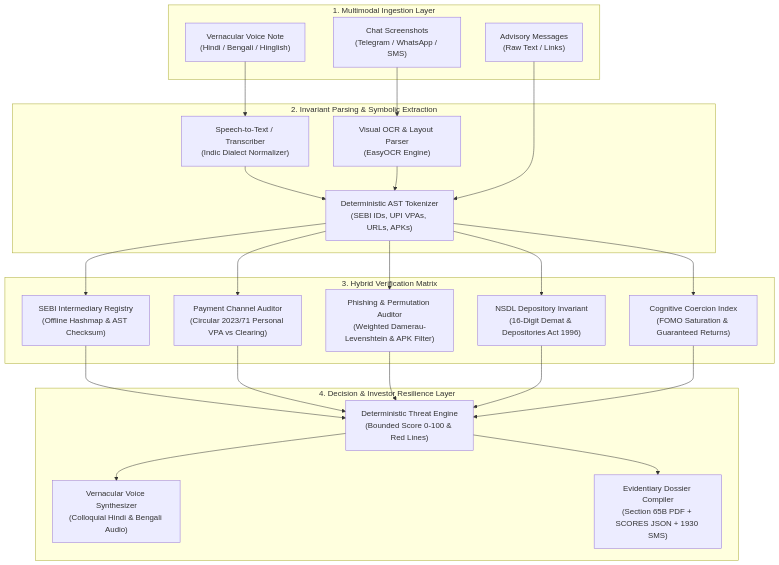
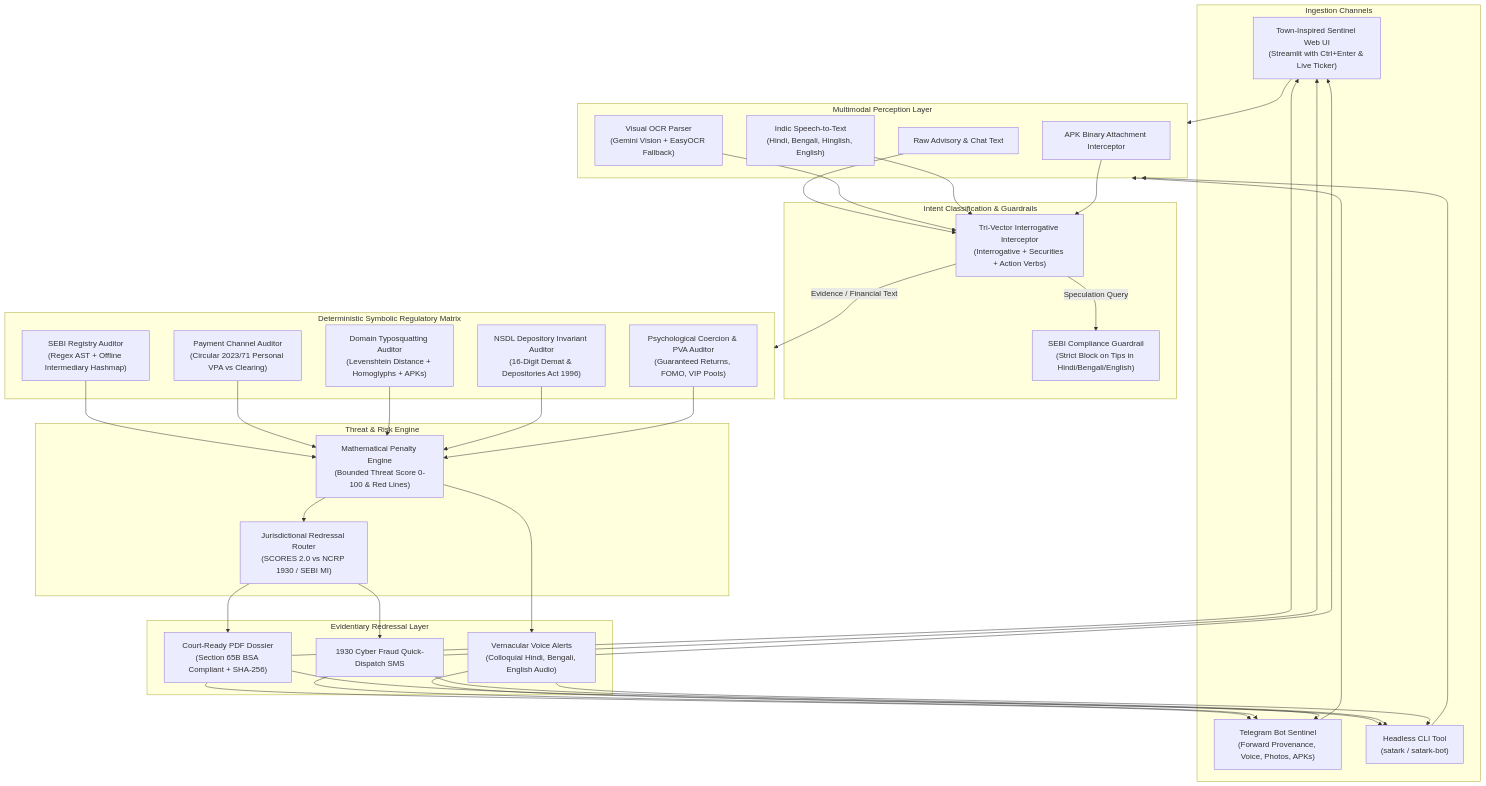
The diagram in README.md (SLICKRWIK/satark-bharat), drawn with Mermaid before and after one commit. The commit also changed other lines of this file and 4 other files, not shown here.

Commit message:
docs: comprehensive update to README and agent docs with telegram bot and test suite

````diff
--- a/README.md
+++ b/README.md
@@ -79,42 +90,50 @@
 ```mermaid
 flowchart TD
-    subgraph Ingestion ["1. Multimodal Ingestion Layer"]
-        A1["Vernacular Voice Note<br/>(Hindi / Bengali / Hinglish)"]
-        A2["Chat Screenshots<br/>(Telegram / WhatsApp / SMS)"]
-        A3["Advisory Messages<br/>(Raw Text / Links)"]
+    subgraph Channels ["Ingestion Channels"]
+        CH_WEB["Town-Inspired Sentinel Web UI<br/>(Streamlit with Ctrl+Enter & Live Ticker)"]
+        CH_BOT["Telegram Bot Sentinel<br/>(Forward Provenance, Voice, Photos, APKs)"]
+        CH_CLI["Headless CLI Tool<br/>(satark / satark-bot)"]
     end
 
-    subgraph Extraction ["2. Invariant Parsing & Symbolic Extraction"]
-        B1["Speech-to-Text / Transcriber<br/>(Indic Dialect Normalizer)"]
-        B2["Visual OCR & Layout Parser<br/>(EasyOCR Engine)"]
-        B3["Deterministic AST Tokenizer<br/>(SEBI IDs, UPI VPAs, URLs, APKs)"]
+    subgraph Ingestion ["Multimodal Perception Layer"]
+        ING_TEXT["Raw Advisory & Chat Text"]
+        ING_OCR["Visual OCR Parser<br/>(Gemini Vision + EasyOCR Fallback)"]
+        ING_AUDIO["Indic Speech-to-Text<br/>(Hindi, Bengali, Hinglish, English)"]
+        ING_APK["APK Binary Attachment Interceptor"]
     end
 
-    subgraph SymbolicMatrix ["3. Hybrid Verification Matrix"]
-        C1["SEBI Intermediary Registry<br/>(Offline Hashmap & AST Checksum)"]
-        C2["Payment Channel Auditor<br/>(Circular 2023/71 Personal VPA vs Clearing)"]
-        C3["Phishing & Permutation Auditor<br/>(Weighted Damerau-Levenshtein & APK Filter)"]
-        C4["NSDL Depository Invariant<br/>(16-Digit Demat & Depositories Act 1996)"]
-        C5["Cognitive Coercion Index<br/>(FOMO Saturation & Guaranteed Returns)"]
+    subgraph DecisionPrep ["Intent Classification & Guardrails"]
+        INTENT_CLS["Tri-Vector Interrogative Interceptor<br/>(Interrogative + Securities + Action Verbs)"]
+        SEBI_GUARD["SEBI Compliance Guardrail<br/>(Strict Block on Tips in Hindi/Bengali/English)"]
     end
 
-    subgraph DecisionLayer ["4. Decision & Investor Resilience Layer"]
-        D1["Deterministic Threat Engine<br/>(Bounded Score 0-100 & Red Lines)"]
-        D2["Vernacular Voice Synthesizer<br/>(Colloquial Hindi & Bengali Audio)"]
-        D3["Evidentiary Dossier Compiler<br/>(Section 65B PDF + SCORES JSON + 1930 SMS)"]
+    subgraph SymbolicMatrix ["Deterministic Symbolic Regulatory Matrix"]
+        REG_SEBI["SEBI Registry Auditor<br/>(Regex AST + Offline Intermediary Hashmap)"]
+        REG_PAY["Payment Channel Auditor<br/>(Circular 2023/71 Personal VPA vs Clearing)"]
+        REG_DOM["Domain Typosquatting Auditor<br/>(Levenshtein Distance + Homoglyphs + APKs)"]
+        REG_NSDL["NSDL Depository Invariant Auditor<br/>(16-Digit Demat & Depositories Act 1996)"]
+        REG_PVA["Psychological Coercion & PVA Auditor<br/>(Guaranteed Returns, FOMO, VIP Pools)"]
     end
 
-    A1 --> B1 --> B3
-    A2 --> B2 --> B3
-    A3 --> B3
+    subgraph ThreatEngine ["Threat & Risk Engine"]
+        ENG_MATH["Mathematical Penalty Engine<br/>(Bounded Threat Score 0-100 & Red Lines)"]
+        ENG_ROUTE["Jurisdictional Redressal Router<br/>(SCORES 2.0 vs NCRP 1930 / SEBI MI)"]
+    end
 
-    B3 --> C1
-    B3 --> C2
-    B3 --> C3
-    B3 --> C4
-    B3 --> C5
+    subgraph Redressal ["Evidentiary Redressal Layer"]
+        OUT_VOICE["Vernacular Voice Alerts<br/>(Colloquial Hindi, Bengali, English Audio)"]
+        OUT_PDF["Court-Ready PDF Dossier<br/>(Section 65B BSA Compliant + SHA-256)"]
+        OUT_SMS["1930 Cyber Fraud Quick-Dispatch SMS"]
+    end
 
-    C1 & C2 & C3 & C4 & C5 --> D1
-    D1 --> D2
-    D1 --> D3
+    CH_WEB & CH_BOT & CH_CLI --> Ingestion
+    ING_TEXT & ING_OCR & ING_AUDIO & ING_APK --> INTENT_CLS
+    INTENT_CLS -->|Speculation Query| SEBI_GUARD
+    INTENT_CLS -->|Evidence / Financial Text| SymbolicMatrix
+
+    REG_SEBI & REG_PAY & REG_DOM & REG_NSDL & REG_PVA --> ENG_MATH
+    ENG_MATH --> ENG_ROUTE
+    ENG_MATH --> OUT_VOICE
+    ENG_ROUTE --> OUT_PDF & OUT_SMS
+    OUT_PDF & OUT_SMS & OUT_VOICE --> CH_WEB & CH_BOT & CH_CLI
 ```
````
